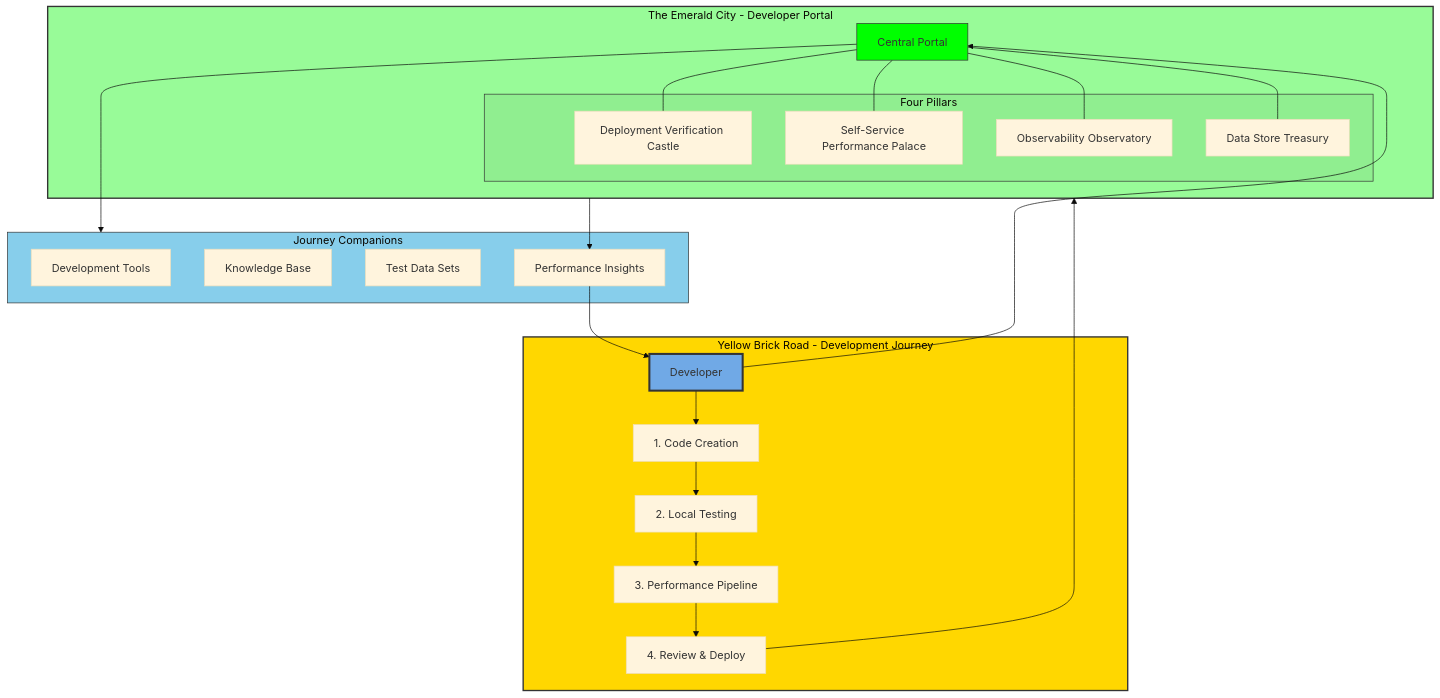
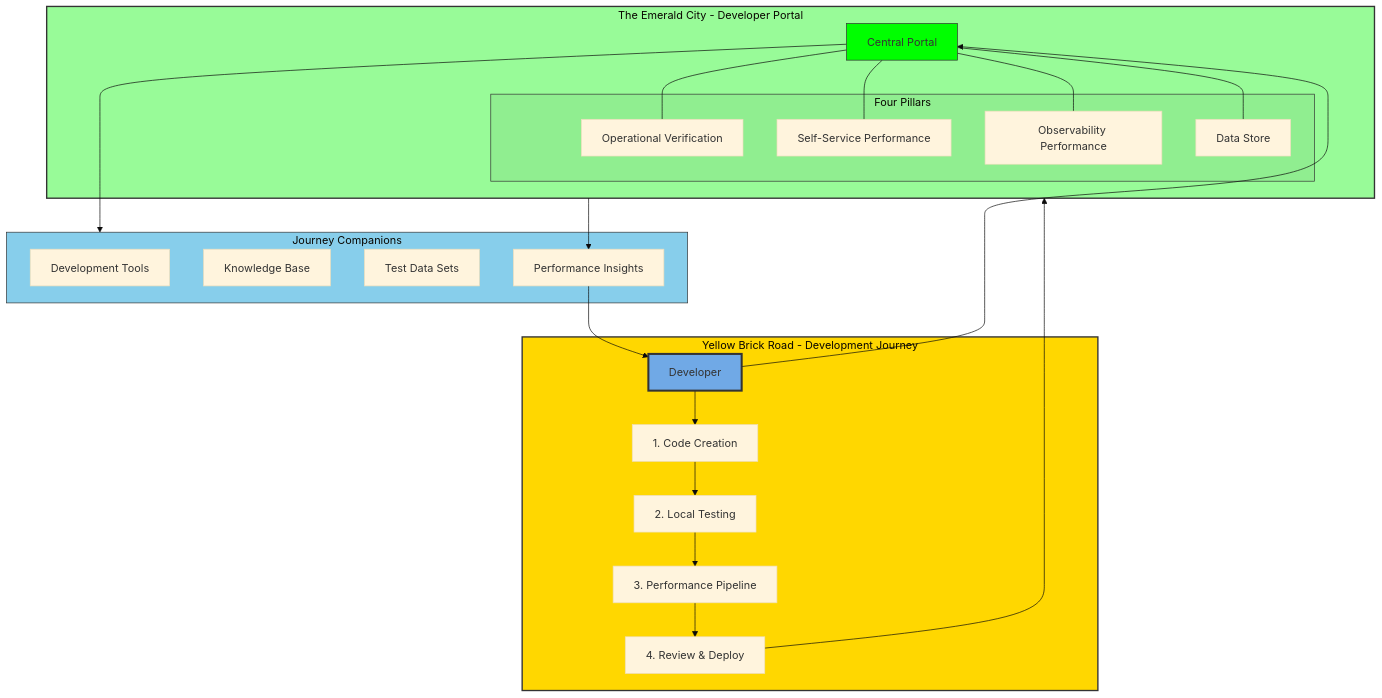
The first of 4 diagrams in content/handbook/engineering/infrastructure-platforms/developer-experience/performance-enablement/_index.md (zalyoung/gitlab-handbook), drawn with Mermaid (base theme) before and after one commit.

Commit message:
Cleaning verbaige

````diff
--- a/content/handbook/engineering/infrastructure-platforms/developer-experience/performance-enablement/_index.md
+++ b/content/handbook/engineering/infrastructure-platforms/developer-experience/performance-enablement/_index.md
@@ -11,43 +11,43 @@
 ```mermaid
 flowchart TD
     subgraph EC[The Emerald City - Developer Portal]
         Portal[Central Portal]
         subgraph Buildings[Four Pillars]
-            DV[Deployment Verification Castle]
-            SF[Self-Service Performance Palace]
-            OB[Observability Observatory]
-            DS[Data Store Treasury]
+            DV[Operational Verification]
+            SF[Self-Service Performance]
+            OB[Observability Performance]
+            DS[Data Store]
         end
         Portal --- DV
         Portal --- SF
         Portal --- OB
         Portal --- DS
     end
 
     subgraph YBR[Yellow Brick Road - Development Journey]
         Dev[Developer] --> Code[1. Code Creation]
         Code --> Local[2. Local Testing]
         Local --> Pipeline[3. Performance Pipeline]
         Pipeline --> Review[4. Review & Deploy]
     end
 
     subgraph Guide[Journey Companions]
         Tools[Development Tools]
         Docs[Knowledge Base]
         Data[Test Data Sets]
         Insights[Performance Insights]
     end
 
     Dev --> Portal
     Portal --> Guide
     Review --> EC
     EC --> Insights
     Insights --> Dev
 
     style EC fill:#98FB98,stroke:#333,stroke-width:2px
     style YBR fill:#FFD700,stroke:#333,stroke-width:2px
     style Guide fill:#87CEEB,stroke:#333
     style Portal fill:#00FF00,stroke:#333
     style Dev fill:#70a9e6,stroke:#333,stroke-width:3px
     style Buildings fill:#90EE90,stroke:#333
 ```
````
